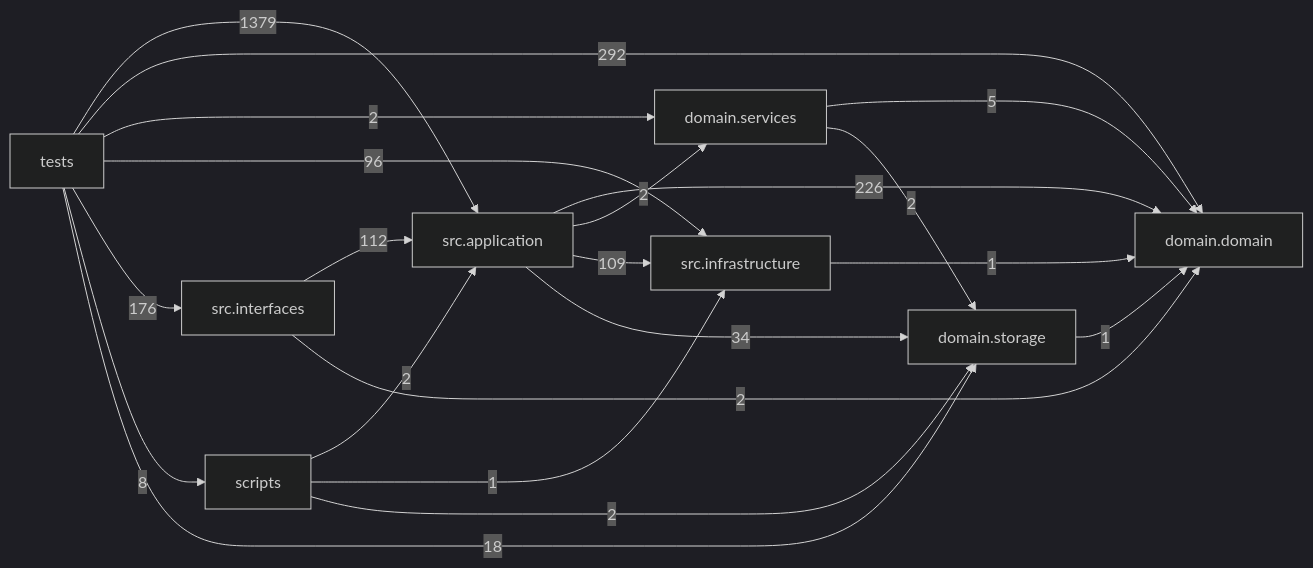
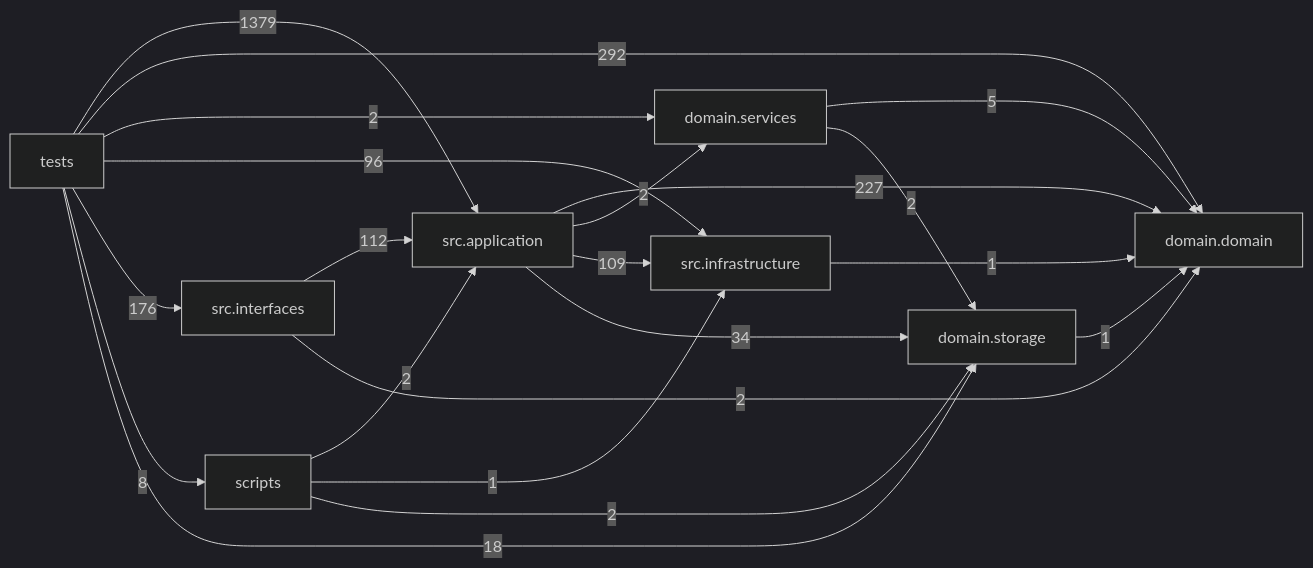
The diagram in docs/DEPENDENCY_GRAPH.md (liuxie066/options-monitor), drawn with Mermaid (dark theme) before and after one commit. The commit also changed other lines of this file and 7 other files, not shown here.

````diff
--- a/docs/DEPENDENCY_GRAPH.md
+++ b/docs/DEPENDENCY_GRAPH.md
@@ -24,31 +24,31 @@
 ```mermaid
 flowchart LR
   tests["tests"]
   scripts["scripts"]
   interfaces["src.interfaces"]
   application["src.application"]
   infrastructure["src.infrastructure"]
   domain_services["domain.services"]
   domain["domain.domain"]
   storage["domain.storage"]
-  application -->|226| domain
+  application -->|227| domain
   application -->|2| domain_services
   application -->|109| infrastructure
   application -->|34| storage
   domain_services -->|5| domain
   domain_services -->|2| storage
   infrastructure -->|1| domain
   interfaces -->|112| application
   interfaces -->|2| domain
   scripts -->|2| application
   scripts -->|1| infrastructure
   scripts -->|2| storage
   storage -->|1| domain
   tests -->|1379| application
   tests -->|292| domain
   tests -->|2| domain_services
   tests -->|96| infrastructure
   tests -->|176| interfaces
   tests -->|8| scripts
   tests -->|18| storage
 ```
````
